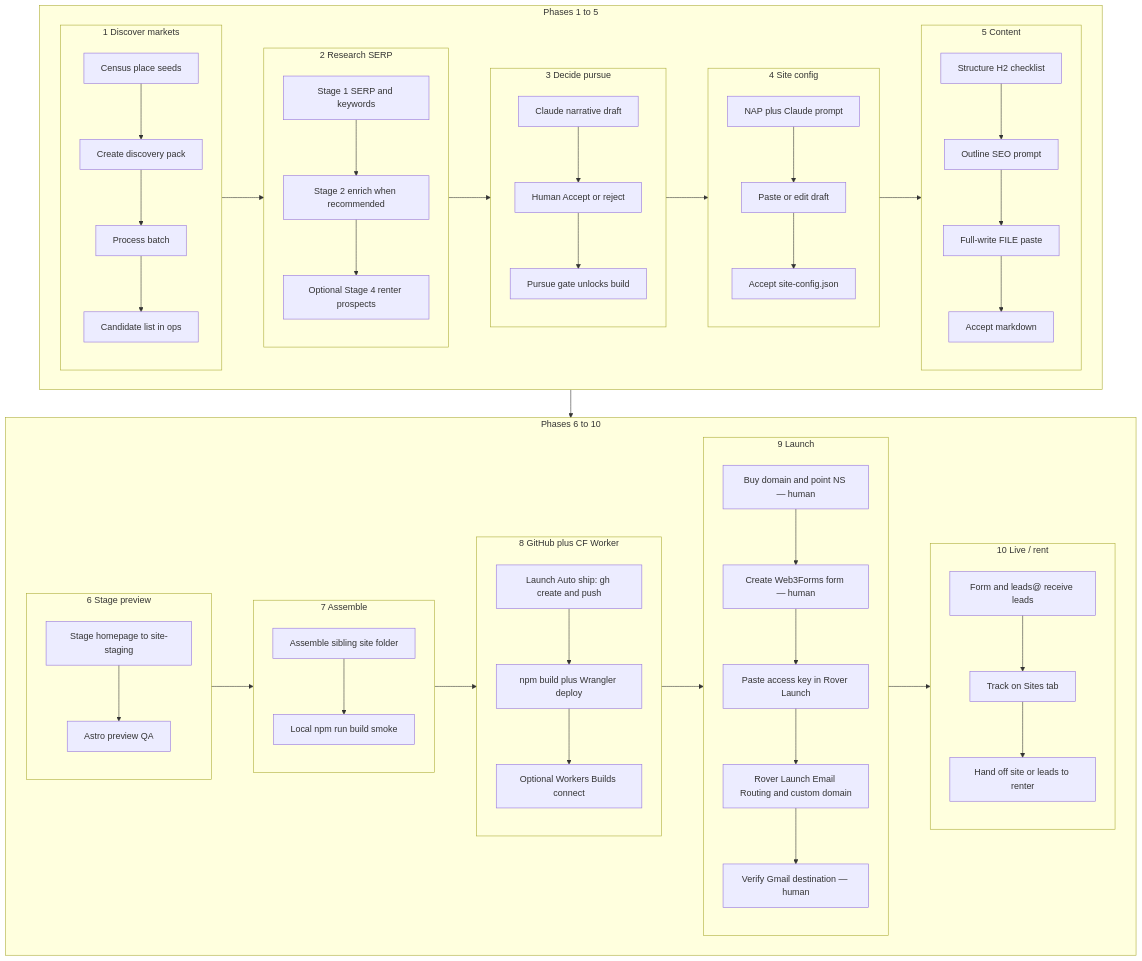
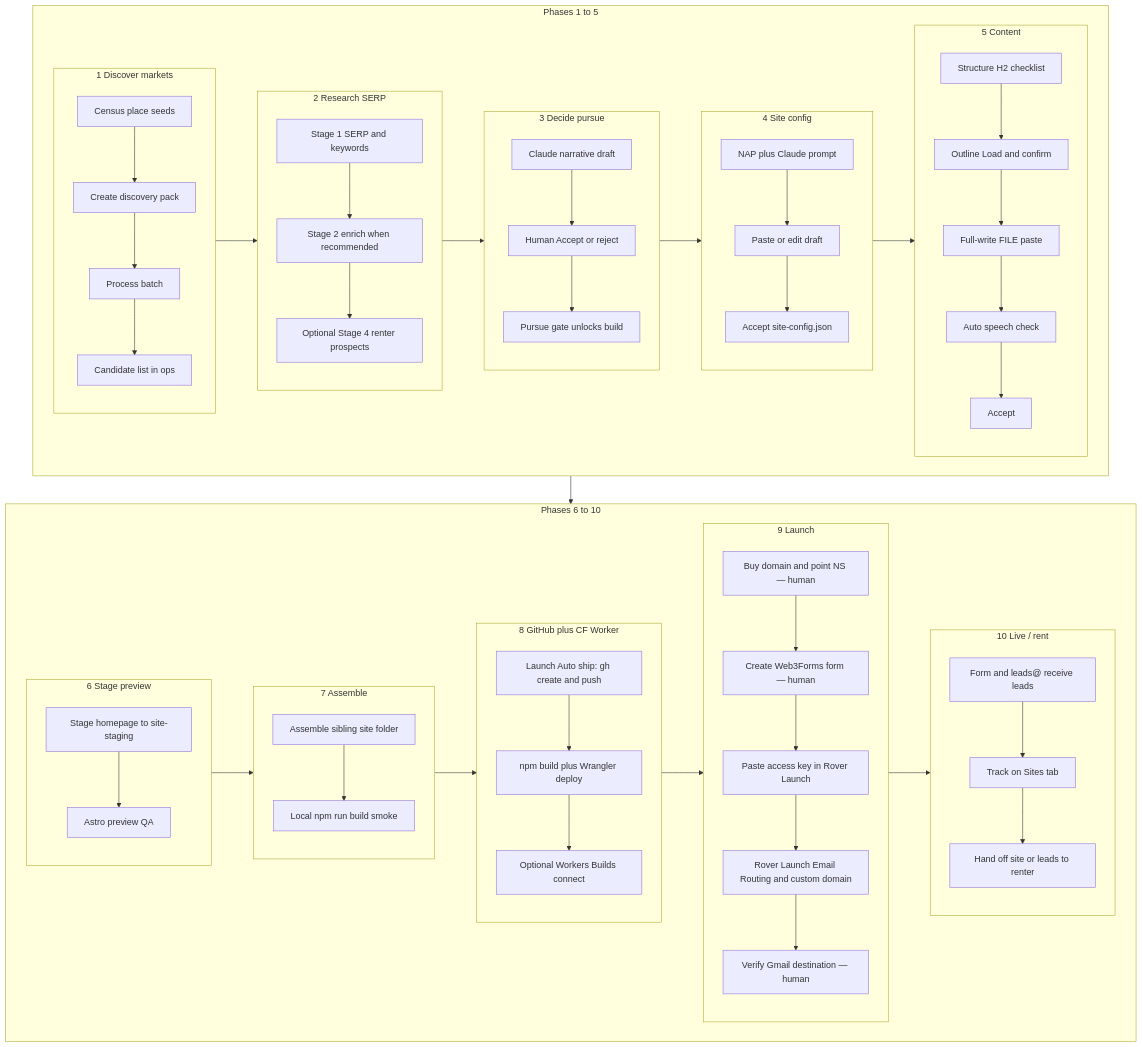
The diagram in docs/MASTER-FLOW.md (Gpete4444/city-niche-tracker), drawn with Mermaid before and after one commit. The commit also changed other lines of this file and 195 other files, not shown here.

````diff
--- a/docs/MASTER-FLOW.md
+++ b/docs/MASTER-FLOW.md
@@ -15,78 +17,79 @@
 ```mermaid
 flowchart TB
   subgraph row1 [Phases 1 to 5]
     direction LR
 
     subgraph disc [1 Discover markets]
       direction TB
       d1["Census place seeds"] --> d2["Create discovery pack"]
       d2 --> d3["Process batch"]
       d3 --> d4["Candidate list in ops"]
     end
 
     subgraph res [2 Research SERP]
       direction TB
       r1["Stage 1 SERP and keywords"] --> r2["Stage 2 enrich when recommended"]
       r2 --> r3["Optional Stage 4 renter prospects"]
     end
 
     subgraph dec [3 Decide pursue]
       direction TB
       e1["Claude narrative draft"] --> e2["Human Accept or reject"]
       e2 --> e3["Pursue gate unlocks build"]
     end
 
     subgraph scfg [4 Site config]
       direction TB
       s1["NAP plus Claude prompt"] --> s2["Paste or edit draft"]
       s2 --> s3["Accept site-config.json"]
     end
 
     subgraph cont [5 Content]
       direction TB
-      c1["Structure H2 checklist"] --> c2["Outline SEO prompt"]
+      c1["Structure H2 checklist"] --> c2["Outline Load and confirm"]
       c2 --> c3["Full-write FILE paste"]
-      c3 --> c4["Accept markdown"]
+      c3 --> c4["Auto speech check"]
+      c4 --> c5["Accept"]
     end
 
     disc --> res --> dec --> scfg --> cont
   end
 
   subgraph row2 [Phases 6 to 10]
     direction LR
 
     subgraph stg [6 Stage preview]
       direction TB
       t1["Stage homepage to site-staging"] --> t2["Astro preview QA"]
     end
 
     subgraph asm [7 Assemble]
       direction TB
       a1["Assemble sibling site folder"] --> a2["Local npm run build smoke"]
     end
 
     subgraph ship [8 GitHub plus CF Worker]
       direction TB
       h1["Launch Auto ship: gh create and push"] --> h2["npm build plus Wrangler deploy"]
       h2 --> h3["Optional Workers Builds connect"]
     end
 
     subgraph launch [9 Launch]
       direction TB
       l1["Buy domain and point NS — human"] --> l2["Create Web3Forms form — human"]
       l2 --> l3["Paste access key in Rover Launch"]
       l3 --> l4["Rover Launch Email Routing and custom domain"]
       l4 --> l5["Verify Gmail destination — human"]
     end
 
     subgraph live [10 Live / rent]
       direction TB
       v1["Form and leads@ receive leads"] --> v2["Track on Sites tab"]
       v2 --> v3["Hand off site or leads to renter"]
     end
 
     stg --> asm --> ship --> launch --> live
   end
 
   cont --> stg
 ```
````
